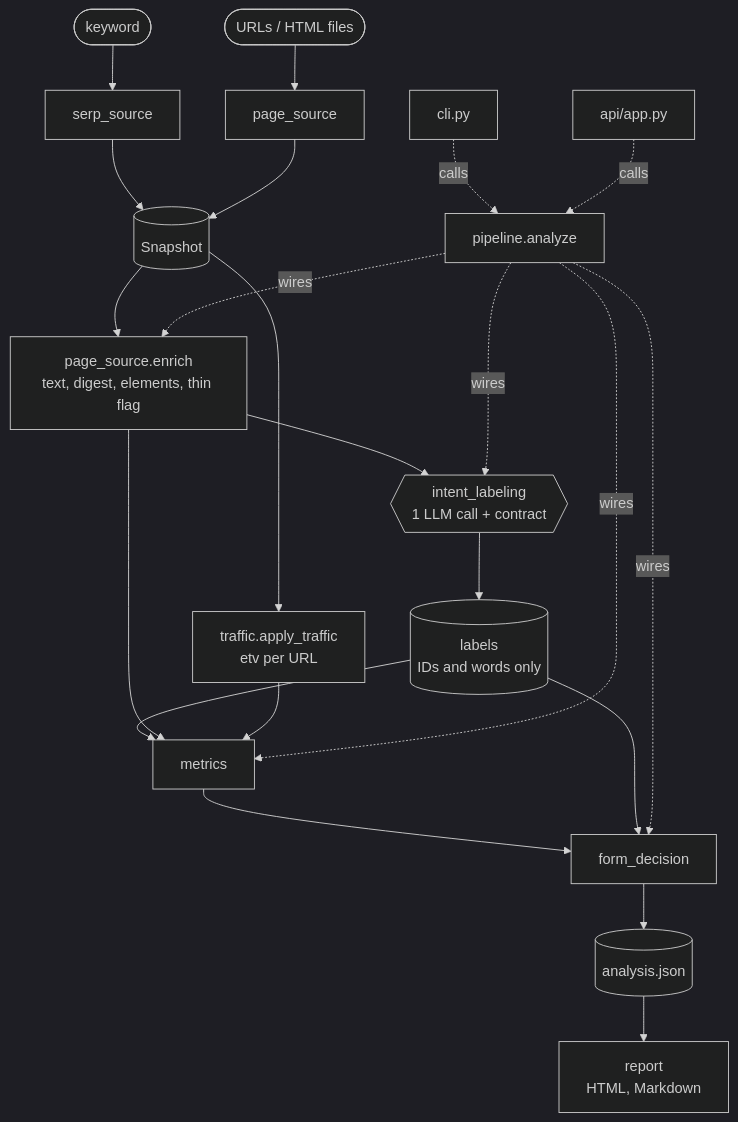
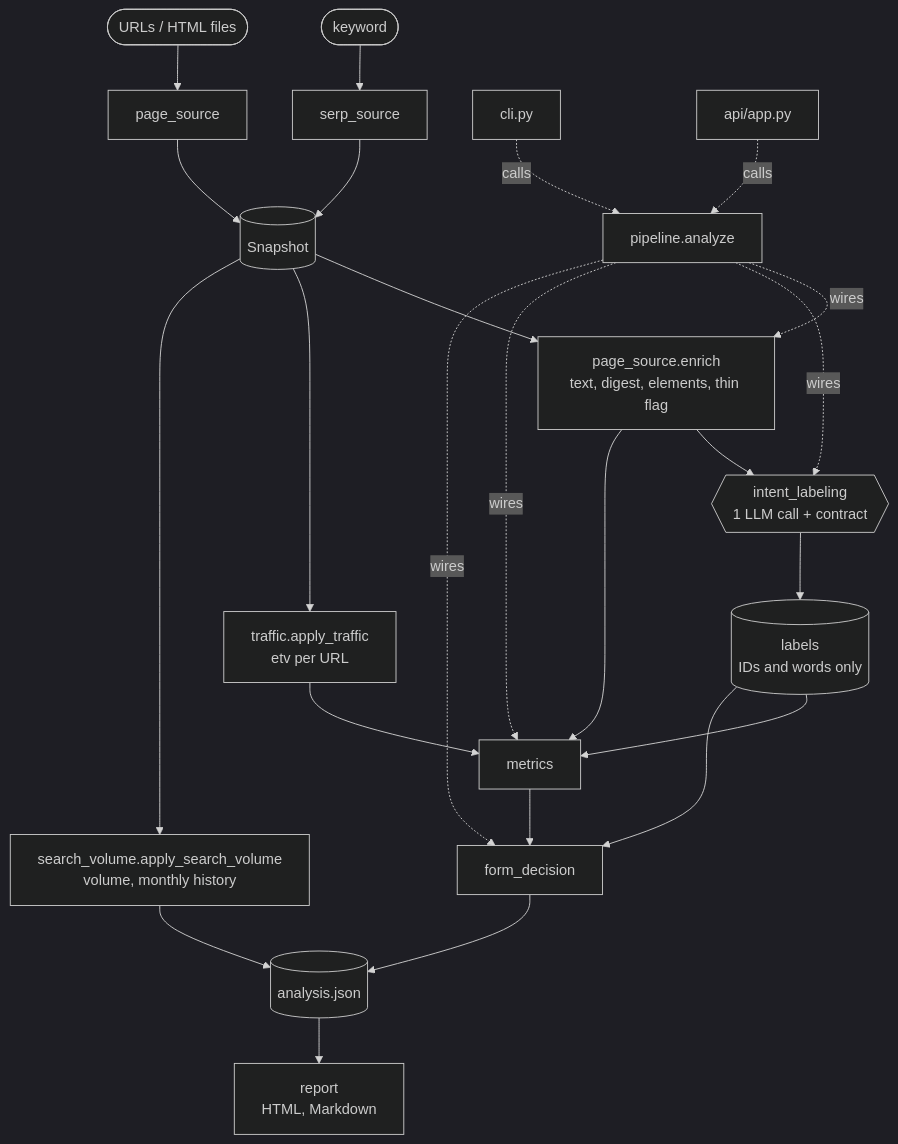
One commit to romek-rozen/intent-labeler changed the first of 3 diagrams in docs/ARCHITECTURE.md. Above: the diagram before and after it, drawn with Mermaid (dark theme). The commit also changed other lines of this file and 24 other files, not shown here.

Commit message:
feat: search volume and seasonality (DataForSEO Labs), DataForSEO costs in snapshots, INTENT_LLM_EXTRA_BODY to switch reasoning off

````diff
--- a/docs/ARCHITECTURE.md
+++ b/docs/ARCHITECTURE.md
@@ -3,24 +3,26 @@
 ```mermaid
 flowchart TD
     K([keyword]) --> SS[serp_source]
     U([URLs / HTML files]) --> PS[page_source]
     SS --> SN[(Snapshot)]
     PS --> SN
     SN --> EN[page_source.enrich<br/>text, digest, elements, thin flag]
     SN --> TR[traffic.apply_traffic<br/>etv per URL]
+    SN --> SV[search_volume.apply_search_volume<br/>volume, monthly history]
     EN --> IL{{intent_labeling<br/>1 LLM call + contract}}
     IL --> LB[(labels<br/>IDs and words only)]
     LB --> ME[metrics]
     EN --> ME
     TR --> ME
     ME --> FD[form_decision]
     LB --> FD
     FD --> AN[(analysis.json)]
+    SV --> AN
     AN --> RE[report<br/>HTML, Markdown]
     CLI[cli.py] -.calls.-> PL[pipeline.analyze]
     API[api/app.py] -.calls.-> PL
     PL -.wires.-> EN
     PL -.wires.-> IL
     PL -.wires.-> ME
     PL -.wires.-> FD
 ```
````
